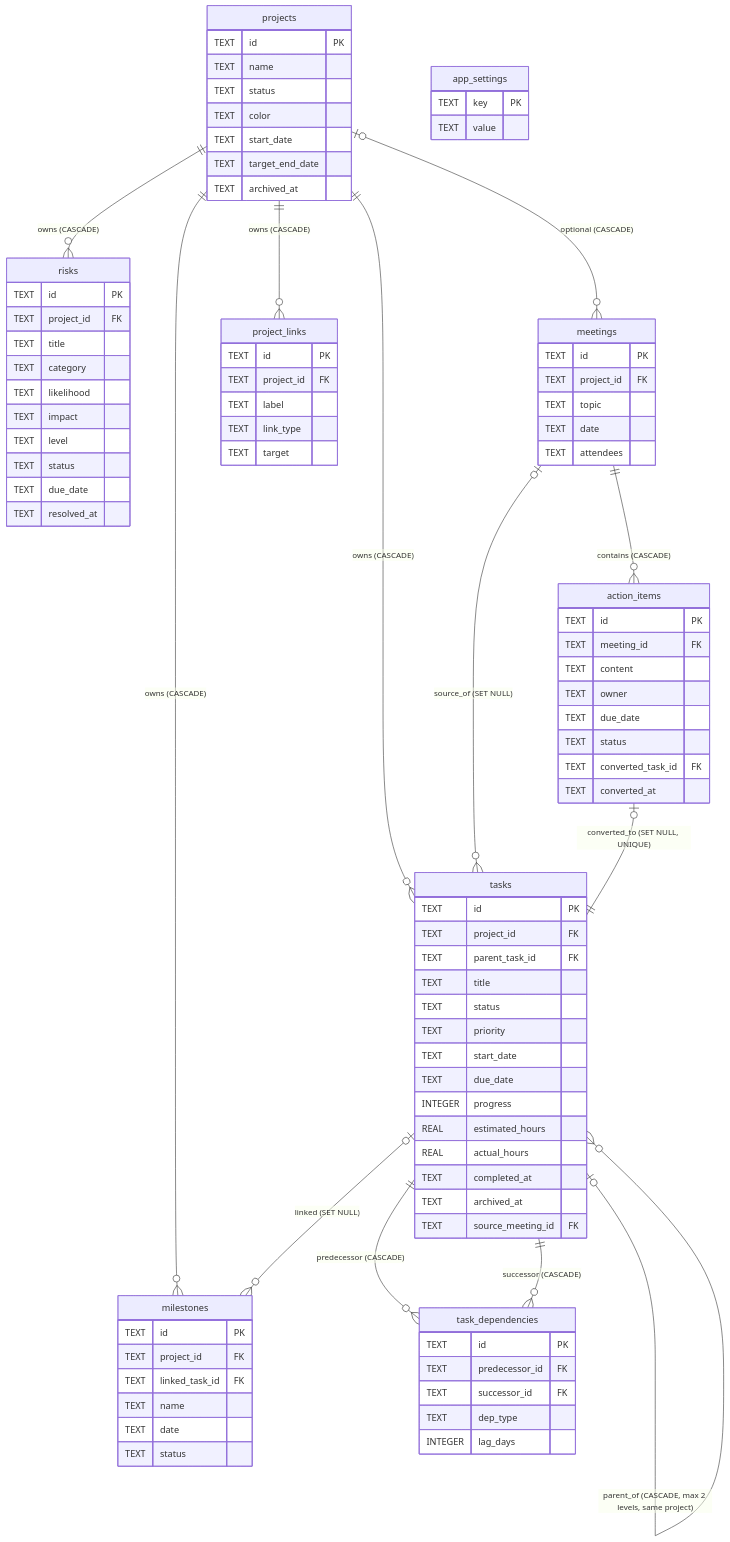
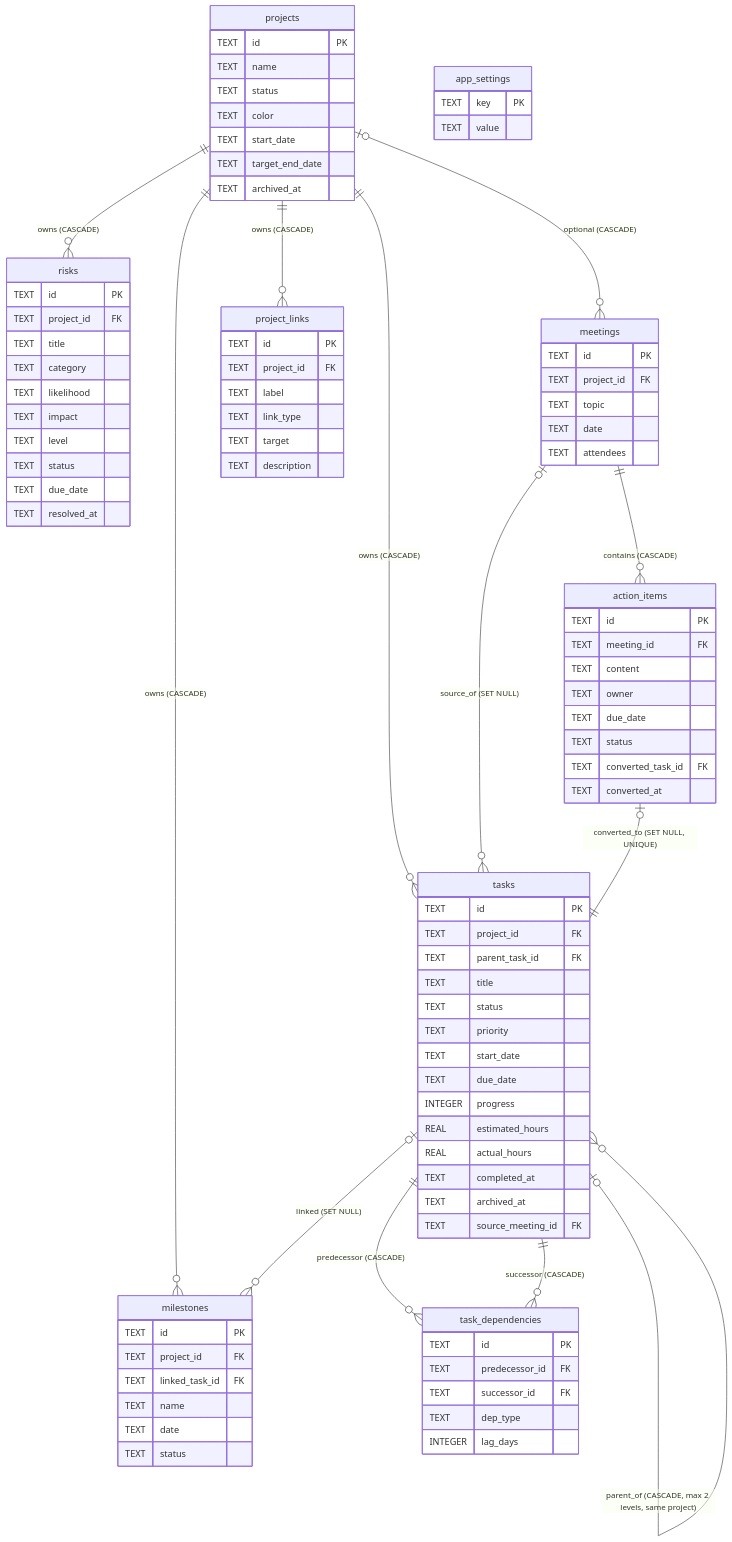
Before and after one commit to RuninL/ProjectPilot: the diagram in docs/database-schema.md, drawn with Mermaid. The commit also changed other lines of this file and 11 other files, not shown here.

```diff
--- a/docs/database-schema.md
+++ b/docs/database-schema.md
@@ -351,6 +353,7 @@
     TEXT label
     TEXT link_type
     TEXT target
+    TEXT description
   }
   app_settings {
     TEXT key PK
```
